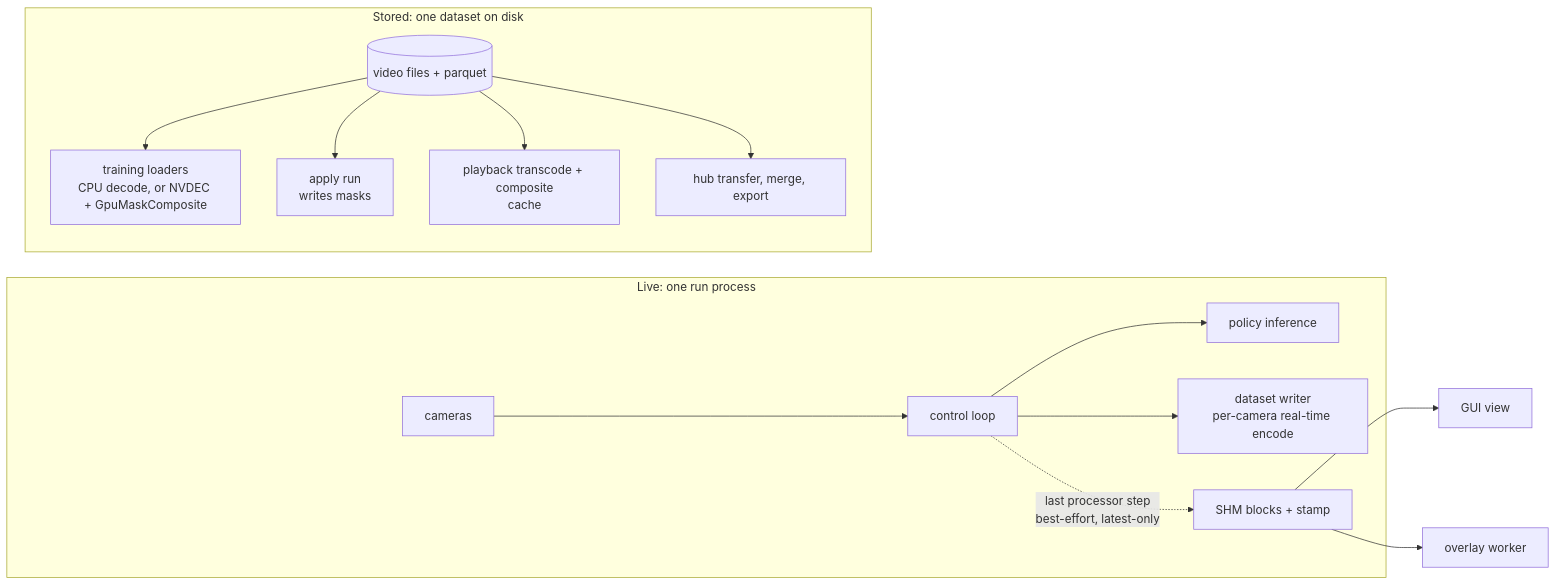
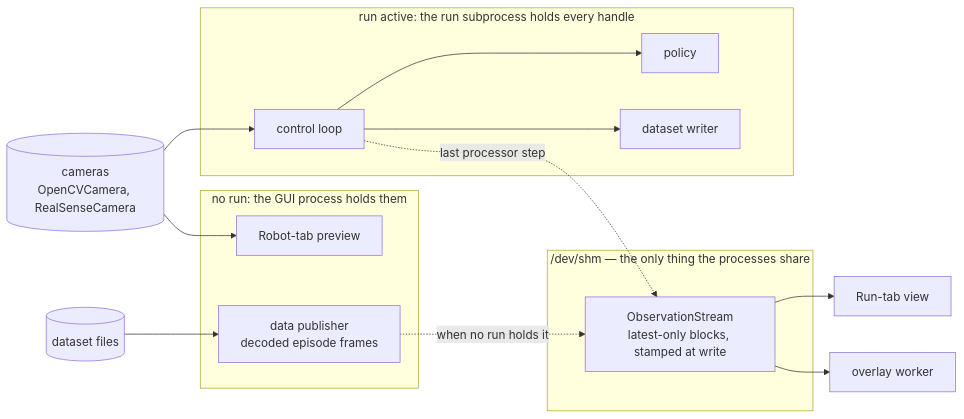
One commit to TheWisp/lerobot changed the first of 8 diagrams in src/lerobot/gui/docs/camera_video_transport.md. Above: the diagram before and after it, drawn with Mermaid. The commit also changed other lines of this file, not shown here.

````diff
--- a/src/lerobot/gui/docs/camera_video_transport.md
+++ b/src/lerobot/gui/docs/camera_video_transport.md
@@ -74,17 +67,26 @@
 ```mermaid
 flowchart LR
-  subgraph live[Live: one run process]
-    cam[cameras] --> loop[control loop]
-    loop --> pol[policy inference]
-    loop --> rec["dataset writer<br/>per-camera real-time encode"]
-    loop -.->|"last processor step<br/>best-effort, latest-only"| shm[SHM blocks + stamp]
+  cams[("cameras<br/>OpenCVCamera, RealSenseCamera")]
+  files[("dataset files")]
+  subgraph run["run active: the run subprocess holds every handle"]
+    loop[control loop]
+    pol[policy]
+    wr[dataset writer]
   end
-  shm --> view[GUI view]
-  shm --> ovl[overlay worker]
-  subgraph stored[Stored: one dataset on disk]
-    files[(video files + parquet)] --> train["training loaders<br/>CPU decode, or NVDEC + GpuMaskComposite"]
-    files --> apply["apply run<br/>writes masks"]
-    files --> play["playback transcode + composite<br/>cache"]
-    files --> hub[hub transfer, merge, export]
+  subgraph idle["no run: the GUI process holds them"]
+    prev[Robot-tab preview]
+    pub["data publisher<br/>decoded episode frames"]
   end
+  subgraph shm["/dev/shm — the only thing the processes share"]
+    tap["ObservationStream<br/>latest-only blocks, stamped at write"]
+  end
+  cams --> loop
+  loop --> pol
+  loop --> wr
+  loop -.->|"last processor step"| tap
+  cams --> prev
+  files --> pub
+  pub -.->|"when no run holds it"| tap
+  tap --> view[Run-tab view]
+  tap --> ovl[overlay worker]
 ```
````
